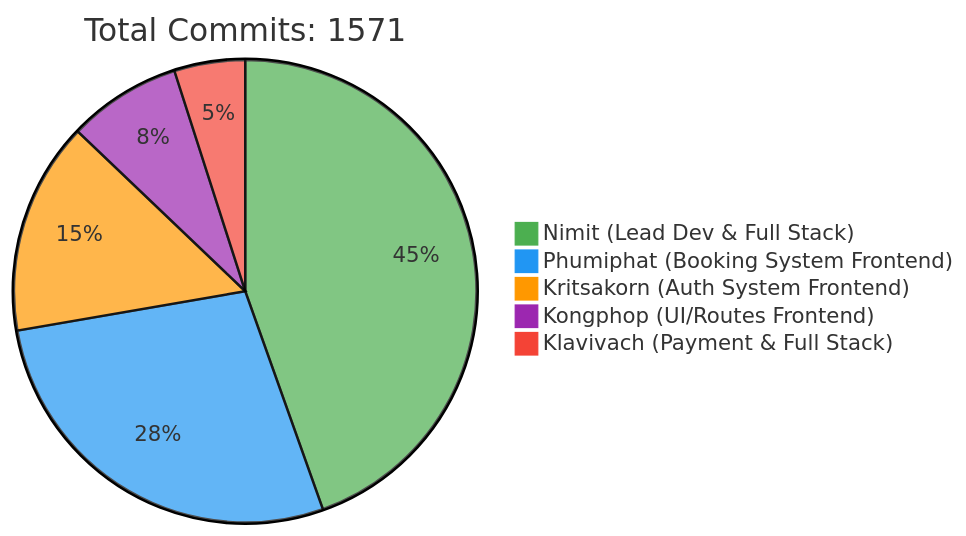
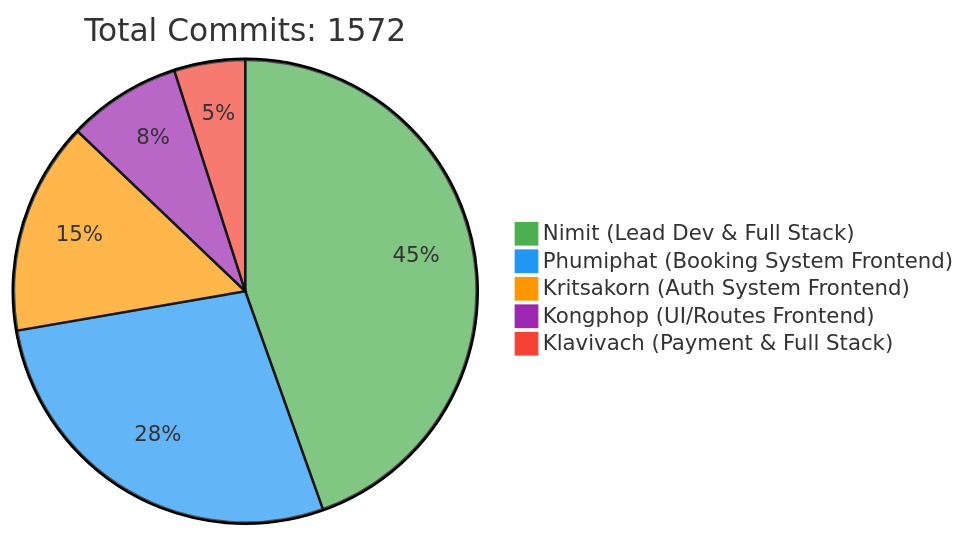
Before and after one commit to 6531503042/Sport-Complex: the first of 2 diagrams in README.md, drawn with Mermaid. The commit also changed other lines of this file, not shown here.

Commit message:
docs: Update contributor statistics [skip ci]

````diff
--- a/README.md
+++ b/README.md
@@ -257,10 +257,10 @@
 ```mermaid
 %%{init: {'theme': 'base', 'themeVariables': { 'pie1': '#4CAF50', 'pie2': '#2196F3', 'pie3': '#FF9800', 'pie4': '#9C27B0', 'pie5': '#F44336'}}}%%
 pie
-    title Total Commits: 1571
+    title Total Commits: 1572
     "Nimit (Lead Dev & Full Stack)" : 450
     "Phumiphat (Booking System Frontend)" : 280
     "Kritsakorn (Auth System Frontend)" : 150
     "Kongphop (UI/Routes Frontend)" : 80
     "Klavivach (Payment & Full Stack)" : 50
 ```
````
